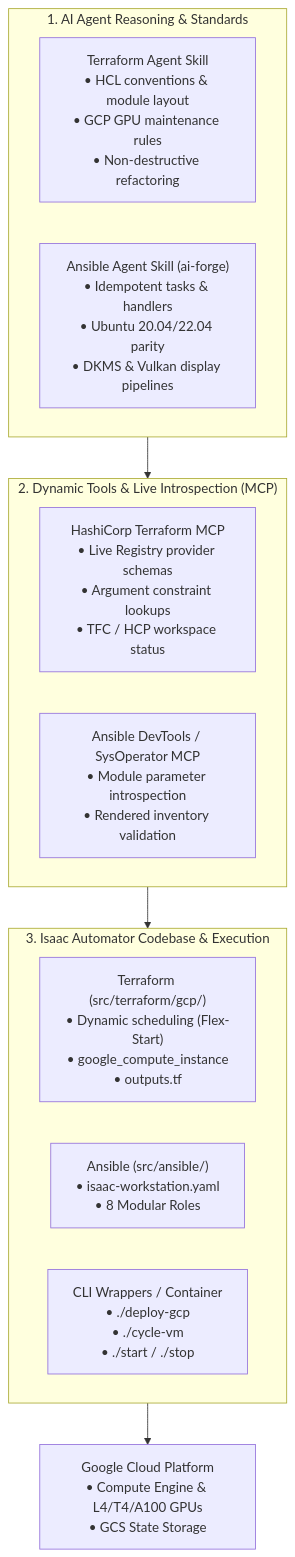
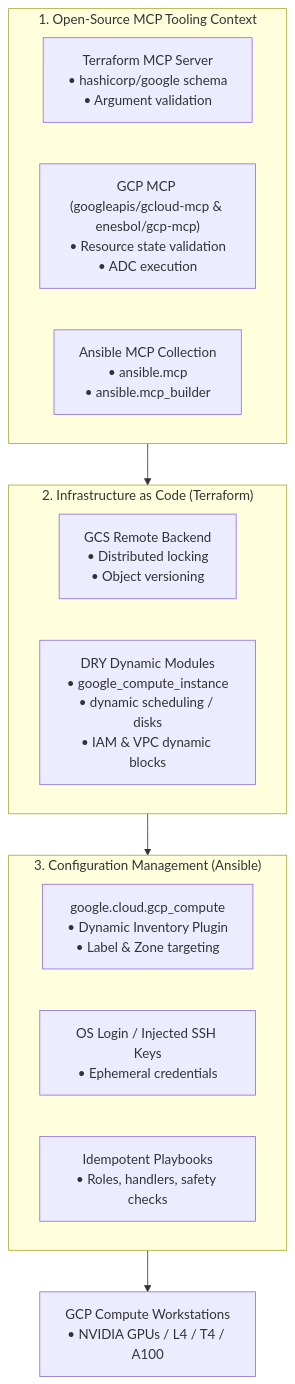
The diagram in .agents/references/gcp-plans/terraform-gcp-study.md (boredengineering/IsaacAutomator), drawn with Mermaid before and after one commit. The commit also changed other lines of this file and 1 other file, not shown here.

Commit message:
adding mcp and skills

````diff
--- a/.agents/references/gcp-plans/terraform-gcp-study.md
+++ b/.agents/references/gcp-plans/terraform-gcp-study.md
@@ -16,22 +11,23 @@
 ```mermaid
 flowchart TD
-    subgraph AgentIntelligence["1. AI Agent Reasoning & Standards"]
-        SkillTF["Terraform Agent Skill\n• HCL conventions & module layout\n• GCP GPU maintenance rules\n• Non-destructive refactoring"]
-        SkillAnsible["Ansible Agent Skill (ai-forge)\n• Idempotent tasks & handlers\n• Ubuntu 20.04/22.04 parity\n• DKMS & Vulkan display pipelines"]
+    subgraph MCPContext["1. Open-Source MCP Tooling Context"]
+        TF_MCP["Terraform MCP Server\n• hashicorp/google schema\n• Argument validation"]
+        GCP_MCP["GCP MCP (googleapis/gcloud-mcp & enesbol/gcp-mcp)\n• Resource state validation\n• ADC execution"]
+        Ansible_MCP["Ansible MCP Collection\n• ansible.mcp\n• ansible.mcp_builder"]
     end
 
-    subgraph DynamicIntrospection["2. Dynamic Tools & Live Introspection (MCP)"]
-        MCP_TF["HashiCorp Terraform MCP\n• Live Registry provider schemas\n• Argument constraint lookups\n• TFC / HCP workspace status"]
-        MCP_Ansible["Ansible DevTools / SysOperator MCP\n• Module parameter introspection\n• Rendered inventory validation"]
+    subgraph IaCLayer["2. Infrastructure as Code (Terraform)"]
+        GCS["GCS Remote Backend\n• Distributed locking\n• Object versioning"]
+        DynamicCompute["DRY Dynamic Modules\n• google_compute_instance\n• dynamic scheduling / disks\n• IAM & VPC dynamic blocks"]
     end
 
-    subgraph ProjectExecution["3. Isaac Automator Codebase & Execution"]
-        TFCode["Terraform (src/terraform/gcp/)\n• Dynamic scheduling (Flex-Start)\n• google_compute_instance\n• outputs.tf"]
-        AnsibleCode["Ansible (src/ansible/)\n• isaac-workstation.yaml\n• 8 Modular Roles"]
-        CLI["CLI Wrappers / Container\n• ./deploy-gcp\n• ./cycle-vm\n• ./start / ./stop"]
+    subgraph ConfigLayer["3. Configuration Management (Ansible)"]
+        DynInv["google.cloud.gcp_compute\n• Dynamic Inventory Plugin\n• Label & Zone targeting"]
+        Auth["OS Login / Injected SSH Keys\n• Ephemeral credentials"]
+        Playbook["Idempotent Playbooks\n• Roles, handlers, safety checks"]
     end
 
-    AgentIntelligence --> DynamicIntrospection
-    DynamicIntrospection --> ProjectExecution
-    ProjectExecution --> GCP["Google Cloud Platform\n• Compute Engine & L4/T4/A100 GPUs\n• GCS State Storage"]
+    MCPContext --> IaCLayer
+    IaCLayer --> ConfigLayer
+    ConfigLayer --> TargetVMs["GCP Compute Workstations\n• NVIDIA GPUs / L4 / T4 / A100"]
 ```
````
